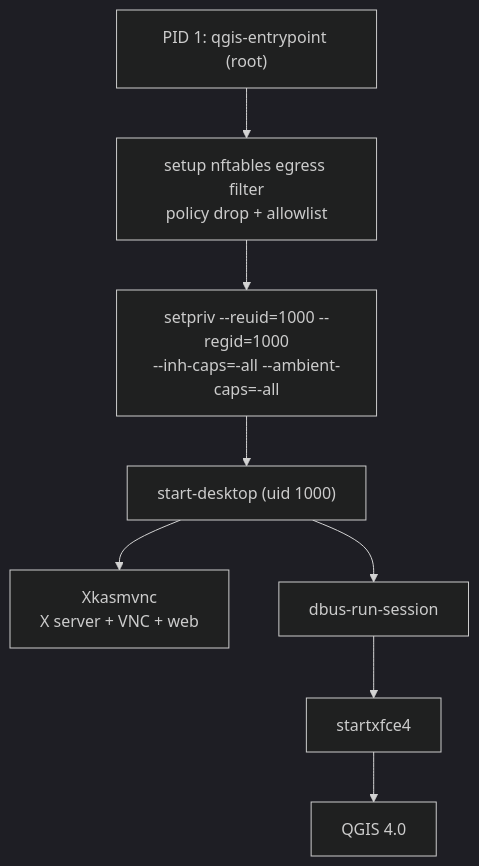
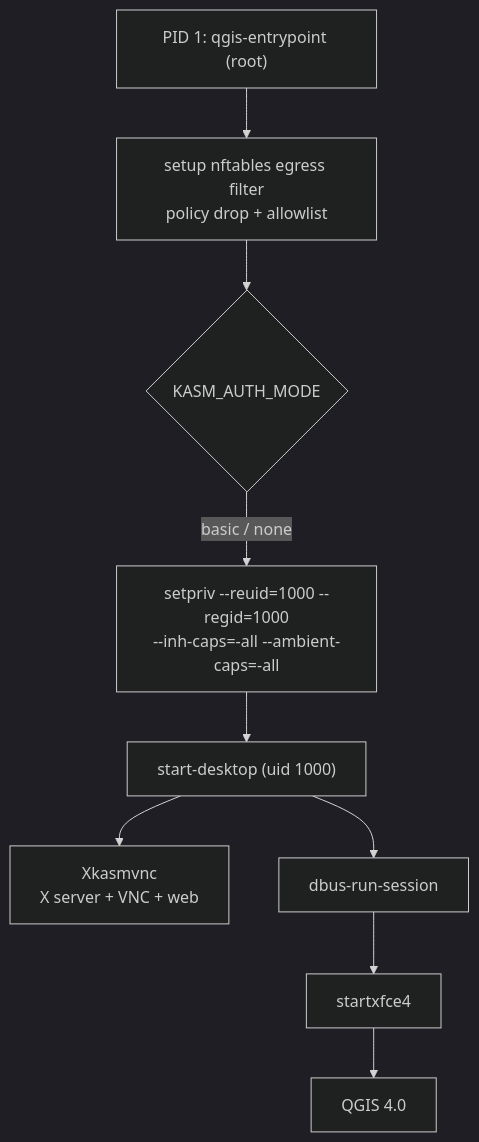
One commit to kartoza/qgis-desktop-docker changed the first of 2 diagrams in docs/developer-guide/architecture.md. Above: the diagram before and after it, drawn with Mermaid (dark theme). The commit also changed other lines of this file and 21 other files, not shown here.

First line of the commit message:
feat(auth): add KASM_AUTH_MODE=greeter (LightDM inside the X session)

````diff
--- a/docs/developer-guide/architecture.md
+++ b/docs/developer-guide/architecture.md
@@ -10,15 +13,17 @@
 ```mermaid
 graph TD
     PID1["PID 1: qgis-entrypoint (root)"]
     NFT["setup nftables egress filter<br/>policy drop + allowlist"]
+    MODE{"KASM_AUTH_MODE"}
     SETPRIV["setpriv --reuid=1000 --regid=1000<br/>--inh-caps=-all --ambient-caps=-all"]
     START["start-desktop (uid 1000)"]
     XKASM["Xkasmvnc<br/>X server + VNC + web"]
     DBUS["dbus-run-session"]
     XFCE["startxfce4"]
     QGIS["QGIS 4.0"]
 
-    PID1 --> NFT --> SETPRIV --> START
+    PID1 --> NFT --> MODE
+    MODE -->|"basic / none"| SETPRIV --> START
     START --> XKASM
     START --> DBUS --> XFCE --> QGIS
 ```
````
